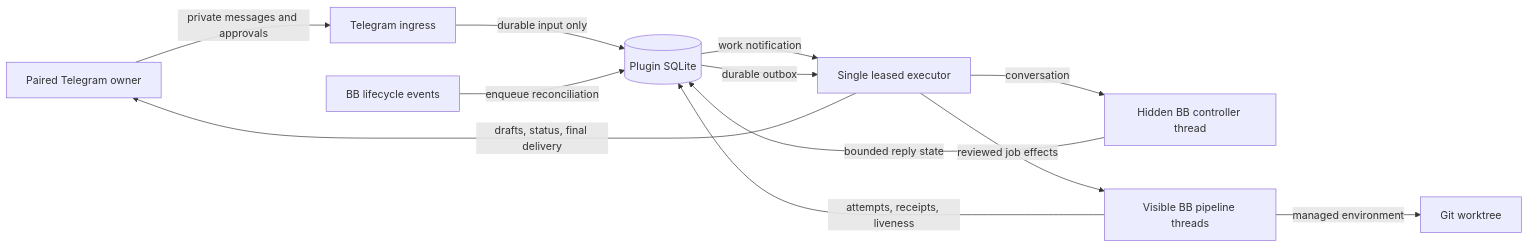
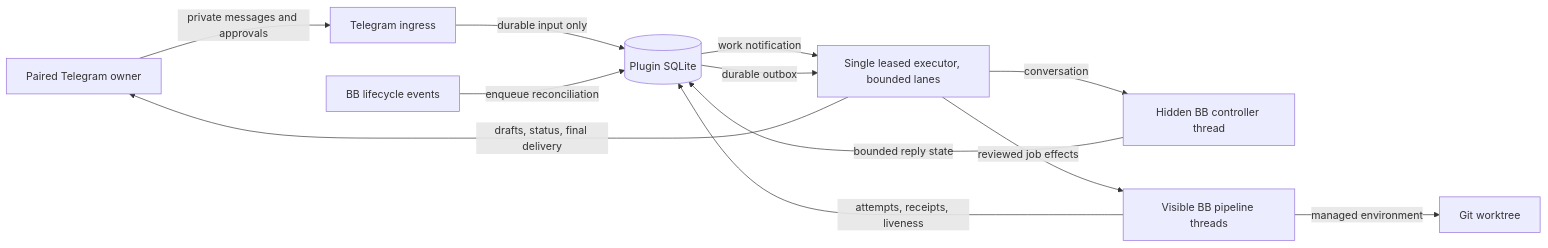
One commit to amrtawfik160/hanoon changed the first of 2 diagrams in docs/architecture.md. Above: the diagram before and after it, drawn with Mermaid. The commit also changed other lines of this file and 193 other files, not shown here.

````diff
--- a/docs/architecture.md
+++ b/docs/architecture.md
@@ -17,14 +17,14 @@
 ```mermaid
 flowchart LR
     Owner[Paired Telegram owner] -->|private messages and approvals| Ingress[Telegram ingress]
     Ingress -->|durable input only| State[(Plugin SQLite)]
     Events[BB lifecycle events] -->|enqueue reconciliation| State
-    State -->|work notification| Executor[Single leased executor]
+    State -->|work notification| Executor[Single leased executor, bounded lanes]
     Executor -->|conversation| Controller[Hidden BB controller thread]
     Executor -->|reviewed job effects| Pipeline[Visible BB pipeline threads]
     Pipeline -->|managed environment| Worktree[Git worktree]
     Controller -->|bounded reply state| State
     Pipeline -->|attempts, receipts, liveness| State
     State -->|durable outbox| Executor
     Executor -->|drafts, status, final delivery| Owner
 ```
````
